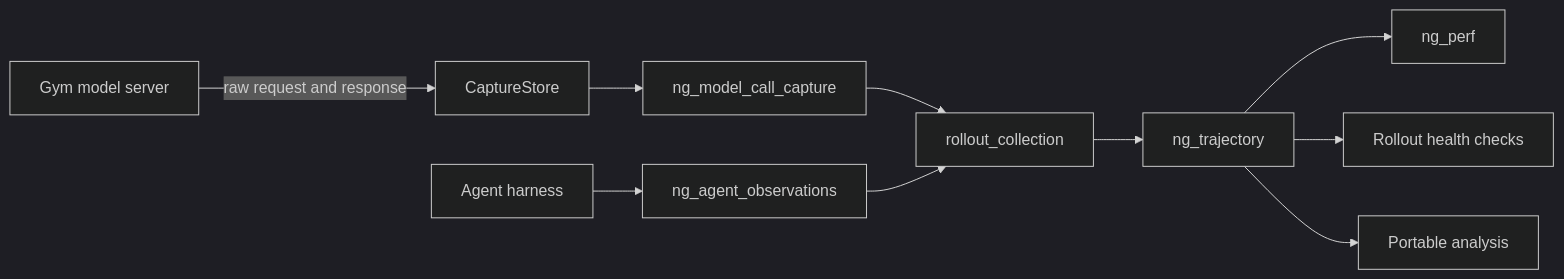
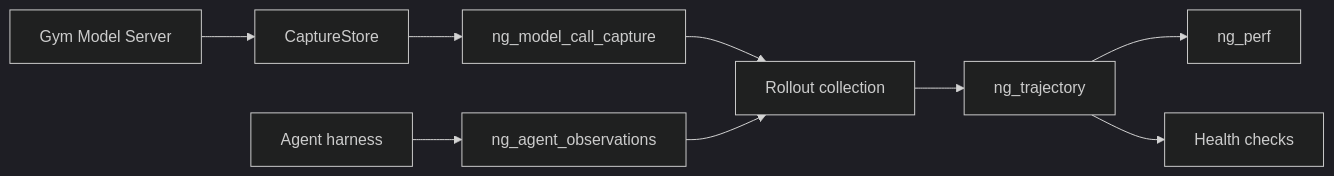
The diagram in fern/versions/latest/pages/observability/rollout-evidence.mdx (NVIDIA-NeMo/Gym), drawn with Mermaid (dark theme) before and after one commit. The commit also changed other lines of this file and 6 other files, not shown here.

````diff
--- a/fern/versions/latest/pages/observability/rollout-evidence.mdx
+++ b/fern/versions/latest/pages/observability/rollout-evidence.mdx
@@ -15,12 +11,11 @@
 ```mermaid
 flowchart LR
-    M[Gym model server] -->|raw request and response| C[CaptureStore]
+    M[Gym Model Server] --> C[CaptureStore]
     C --> MC[ng_model_call_capture]
     A[Agent harness] --> AO[ng_agent_observations]
-    MC --> J[rollout_collection]
+    MC --> J[Rollout collection]
     AO --> J
     J --> T[ng_trajectory]
     T --> P[ng_perf]
-    T --> H[Rollout health checks]
-    T --> D[Portable analysis]
+    T --> H[Health checks]
 ```
````
